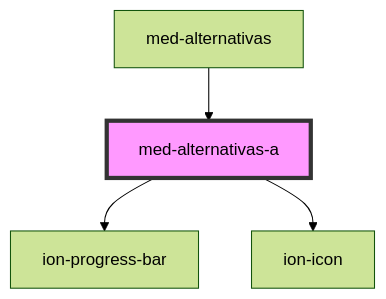
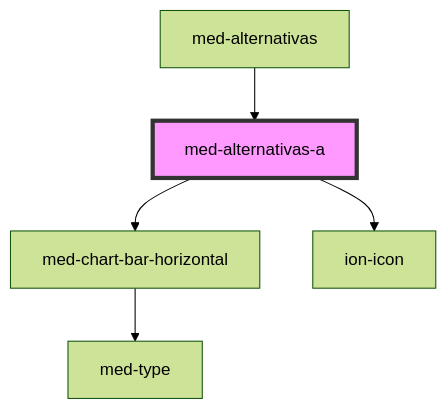
One commit to MEDGRUPOGIT/ionic-framework-1 changed the diagram in core/src/components/@medgrupo/team/questoes/med-alternativas-a/readme.md. Above: the diagram before and after it, drawn with Mermaid (forest theme). The commit also changed other lines of this file and 291 other files, not shown here.

````diff
--- a/core/src/components/@medgrupo/team/questoes/med-alternativas-a/readme.md
+++ b/core/src/components/@medgrupo/team/questoes/med-alternativas-a/readme.md
@@ -48,7 +48,8 @@
 ```mermaid
 graph TD;
-  med-alternativas-a --> ion-progress-bar
+  med-alternativas-a --> med-chart-bar-horizontal
   med-alternativas-a --> ion-icon
+  med-chart-bar-horizontal --> med-type
   med-alternativas --> med-alternativas-a
   style med-alternativas-a fill:#f9f,stroke:#333,stroke-width:4px
 ```
````
